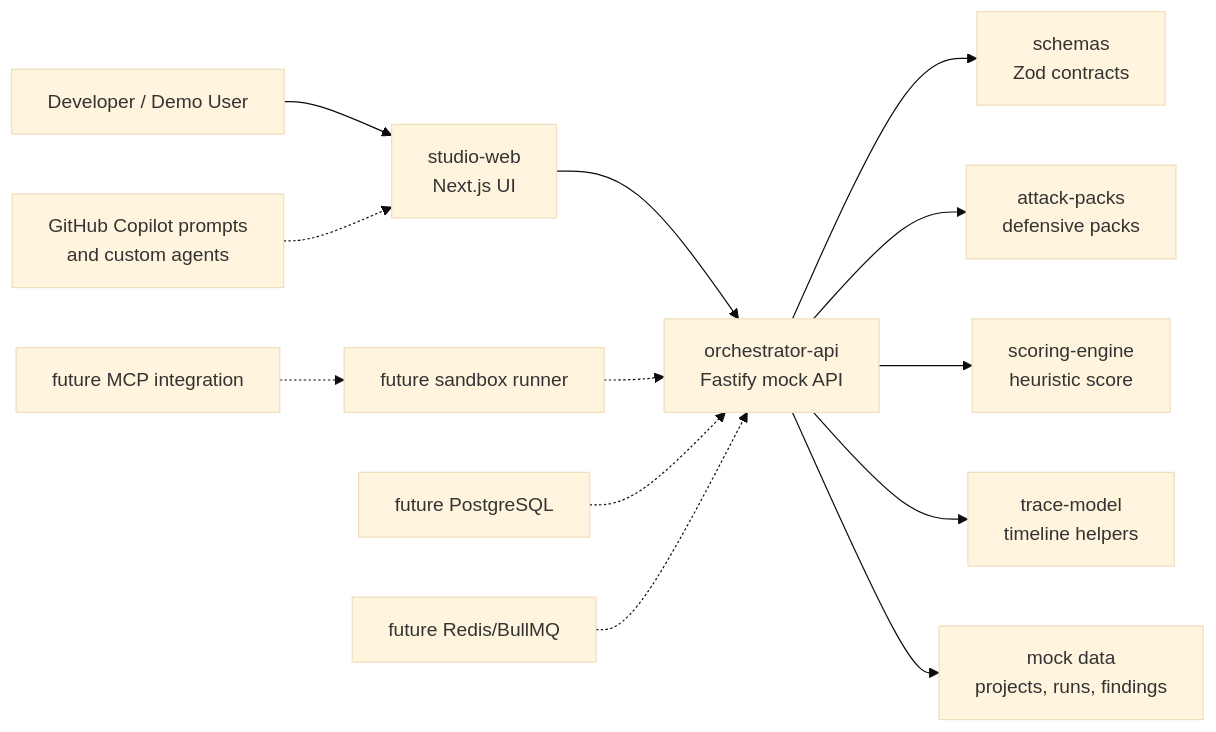
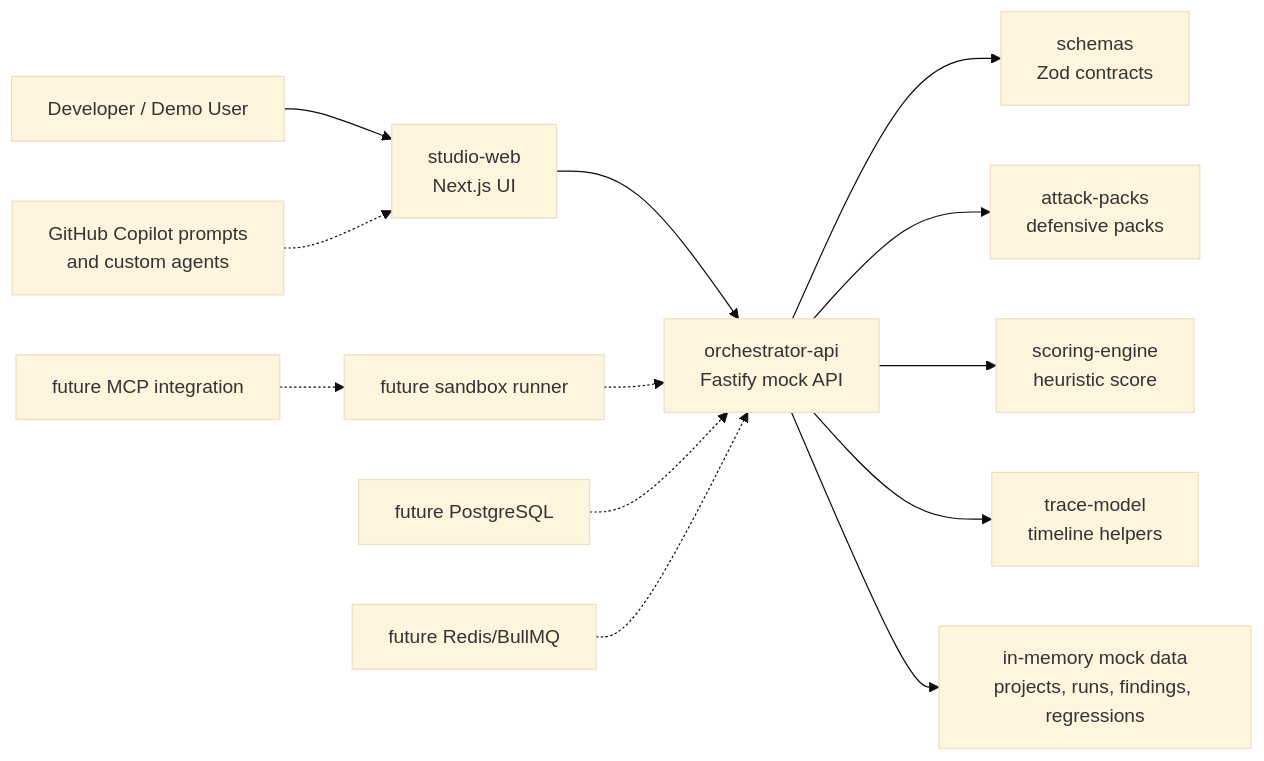
One commit to RandomEdge999/FailSafe changed the diagram in docs/architecture.md. Above: the diagram before and after it, drawn with Mermaid (base theme). The commit also changed other lines of this file and 21 other files, not shown here.

````diff
--- a/docs/architecture.md
+++ b/docs/architecture.md
@@ -7,15 +7,15 @@
 ```mermaid
 flowchart LR
   User["Developer / Demo User"] --> Studio["studio-web<br/>Next.js UI"]
   Studio --> API["orchestrator-api<br/>Fastify mock API"]
   API --> Schemas["schemas<br/>Zod contracts"]
   API --> Packs["attack-packs<br/>defensive packs"]
   API --> Scoring["scoring-engine<br/>heuristic score"]
   API --> Trace["trace-model<br/>timeline helpers"]
-  API --> MockData["mock data<br/>projects, runs, findings"]
+  API --> MockData["in-memory mock data<br/>projects, runs, findings, regressions"]
   FutureRunner["future sandbox runner"] -.-> API
   FutureStore["future PostgreSQL"] -.-> API
   FutureQueue["future Redis/BullMQ"] -.-> API
   FutureMcp["future MCP integration"] -.-> FutureRunner
   Copilot["GitHub Copilot prompts<br/>and custom agents"] -.-> Studio
 ```
````
